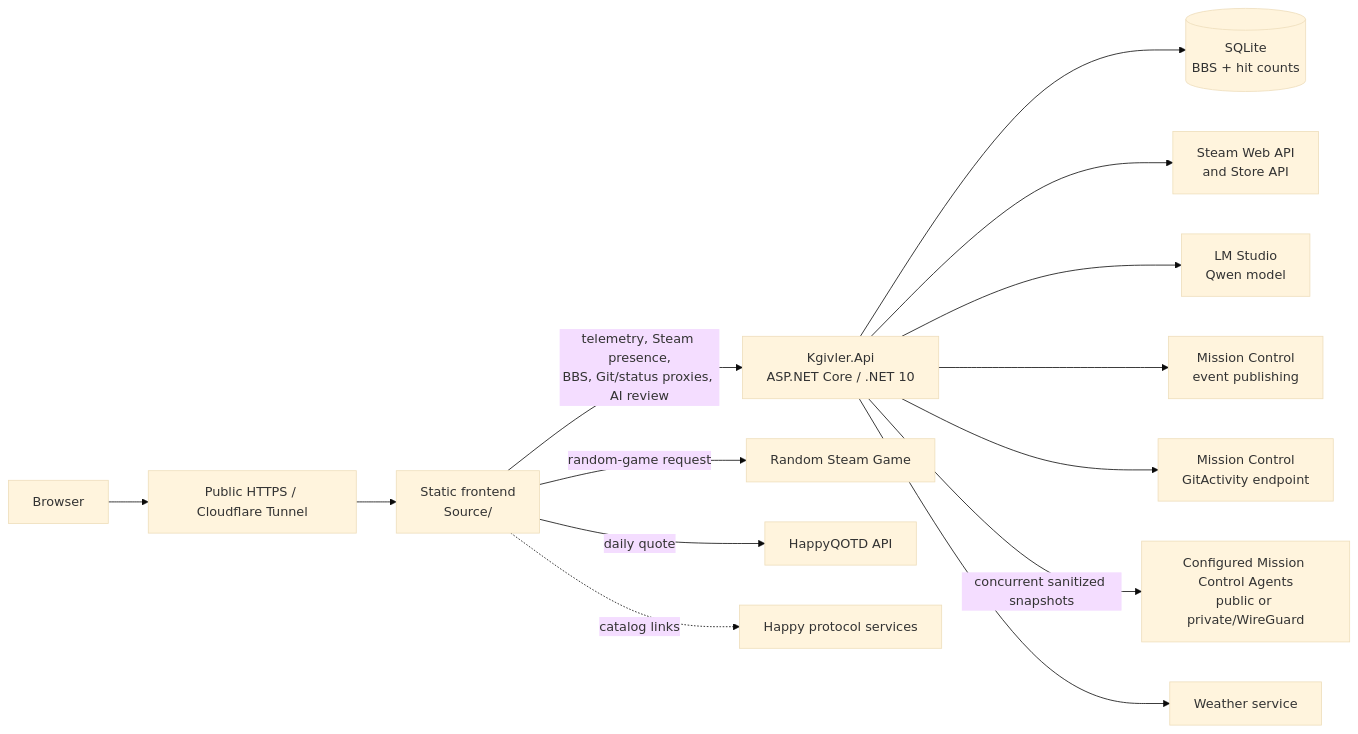
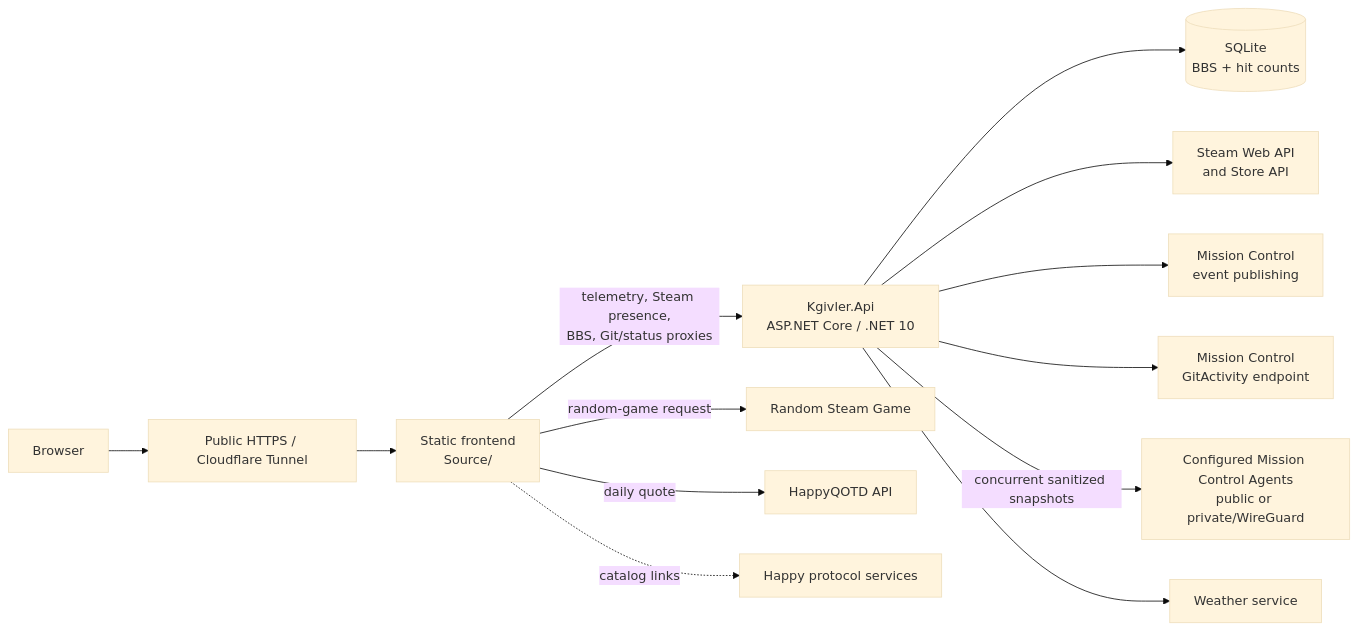
One commit to JoyfulReaper/kgivler_com changed the diagram in README.md. Above: the diagram before and after it, drawn with Mermaid (base theme). The commit also changed other lines of this file and 120 other files, not shown here.

````diff
--- a/README.md
+++ b/README.md
@@ -63,18 +61,17 @@
 ```mermaid
 flowchart LR
     Browser[Browser] --> PublicEdge[Public HTTPS / Cloudflare Tunnel]
     PublicEdge --> Frontend[Static frontend<br/>Source/]
-    Frontend -->|telemetry, Steam presence,<br/>BBS, Git/status proxies, AI review| Api[Kgivler.Api<br/>ASP.NET Core / .NET 10]
+    Frontend -->|telemetry, Steam presence,<br/>BBS, Git/status proxies| Api[Kgivler.Api<br/>ASP.NET Core / .NET 10]
 
     Api --> SQLite[(SQLite<br/>BBS + hit counts)]
     Api --> Steam[Steam Web API<br/>and Store API]
-    Api --> LMStudio[LM Studio<br/>Qwen model]
     Api --> MissionControl[Mission Control<br/>event publishing]
     Api --> GitActivity[Mission Control<br/>GitActivity endpoint]
     Api -->|concurrent sanitized snapshots| Agents[Configured Mission Control Agents<br/>public or private/WireGuard]
     Api --> Weather[Weather service]
 
     Frontend -->|random-game request| RandomSteam[Random Steam Game]
     Frontend -->|daily quote| QOTD[HappyQOTD API]
     Frontend -. catalog links .-> HappyServices[Happy protocol services]
 ```
````
